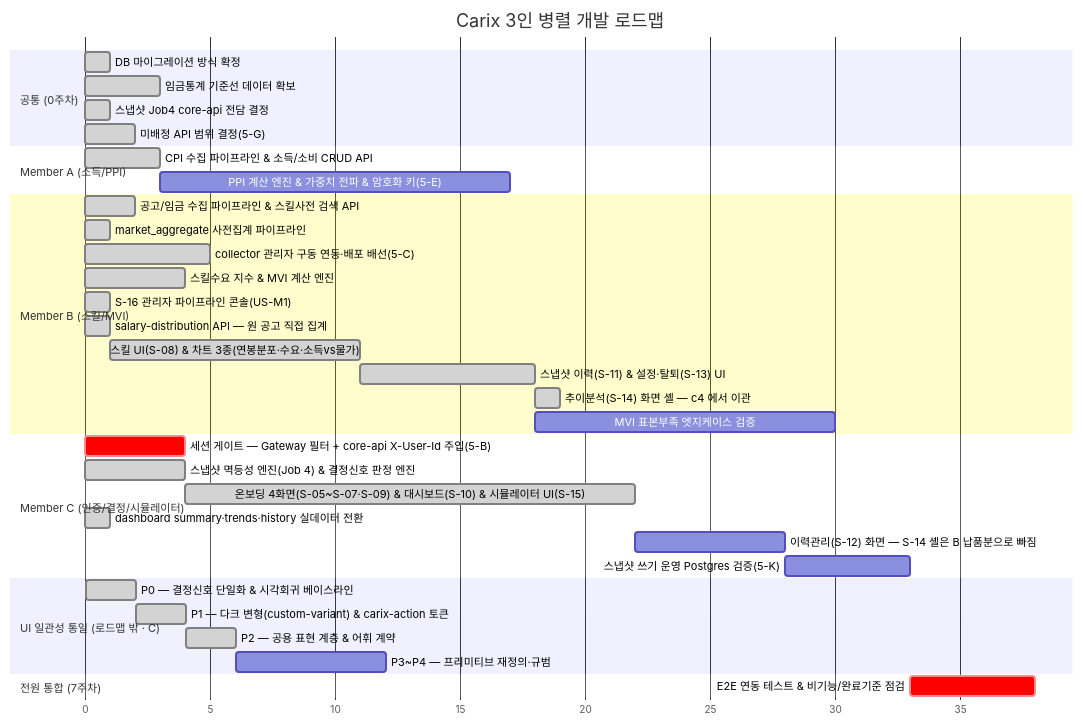
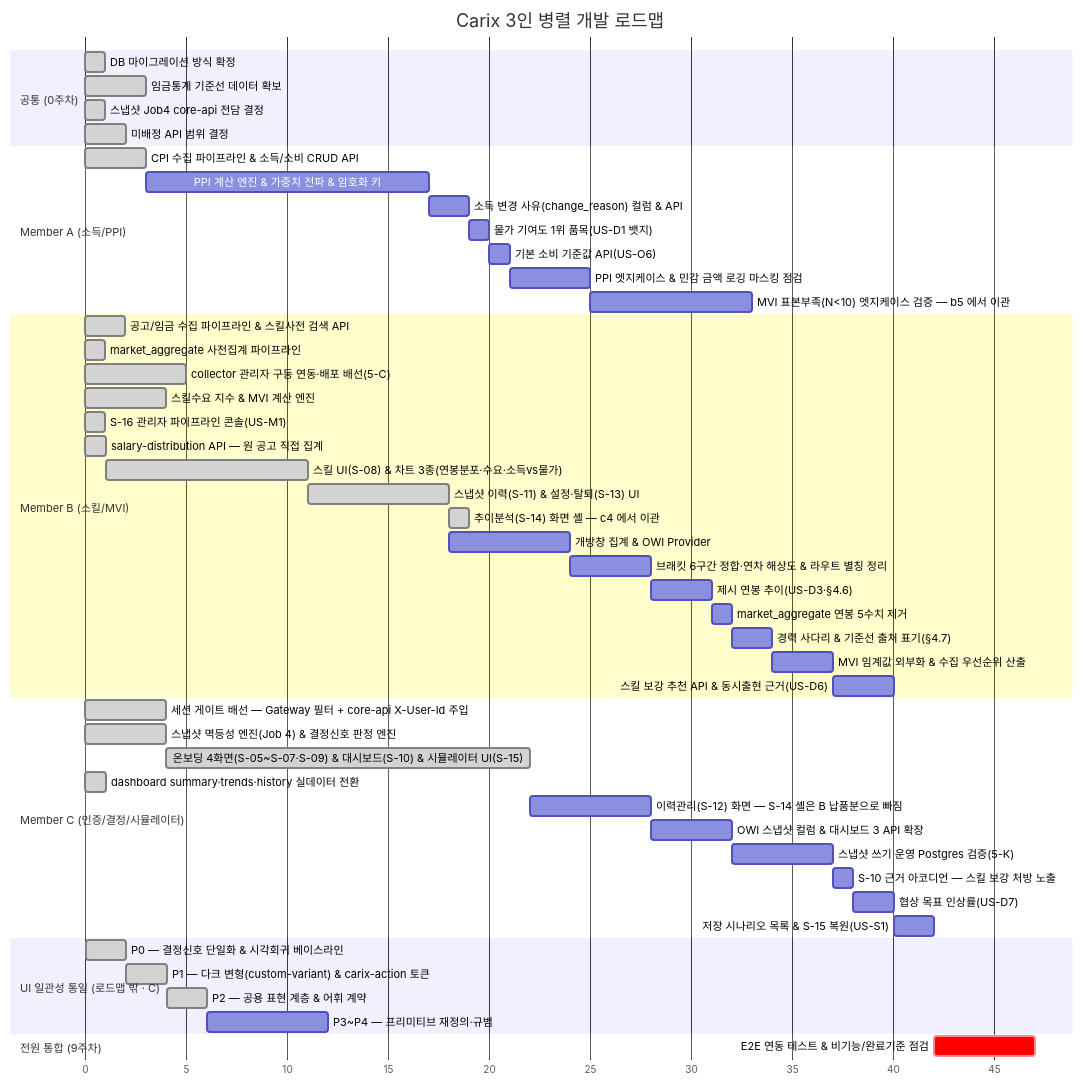
Before and after one commit to SeoHyeokGyu/Carix: the first of 2 diagrams in docs/plans/carix-dev-plan.md, drawn with Mermaid. The commit also changed other lines of this file and 35 other files, not shown here.

````diff
--- a/docs/plans/carix-dev-plan.md
+++ b/docs/plans/carix-dev-plan.md
@@ -112,39 +72,54 @@
 ```mermaid
 gantt
     title Carix 3인 병렬 개발 로드맵
     dateFormat X
     axisFormat %s
     section 공통 (0주차)
     DB 마이그레이션 방식 확정 :done, c0a, 0, 1s
     임금통계 기준선 데이터 확보 :done, a0, 3, 3s
     스냅샷 Job4 core-api 전담 결정 :done, i0, 7, 1s
-    미배정 API 범위 결정(5-G) :done, c0, 7, 2s
+    미배정 API 범위 결정 :done, c0, 7, 2s
     section Member A (소득/PPI)
     CPI 수집 파이프라인 & 소득/소비 CRUD API :done, a1, 12, 3s
-    PPI 계산 엔진 & 가중치 전파 & 암호화 키(5-E) :a2, after a1, 14s
+    PPI 계산 엔진 & 가중치 전파 & 암호화 키 :a2, after a1, 14s
+    소득 변경 사유(change_reason) 컬럼 & API :a4, after a2, 2s
+    물가 기여도 1위 품목(US-D1 뱃지) :a5, after a4, 1s
+    기본 소비 기준값 API(US-O6) :a6, after a5, 1s
+    PPI 엣지케이스 & 민감 금액 로깅 마스킹 점검 :a7, after a6, 4s
+    MVI 표본부족(N<10) 엣지케이스 검증 — b5 에서 이관 :a8, after a7, 8s
     section Member B (스킬/MVI)
     공고/임금 수집 파이프라인 & 스킬사전 검색 API :done, b1, 2, 2s
     market_aggregate 사전집계 파이프라인 :done, b2a, 3, 1s
     collector 관리자 구동 연동·배포 배선(5-C) :done, b0, 7, 5s
     스킬수요 지수 & MVI 계산 엔진 :done, b2, 8, 4s
     S-16 관리자 파이프라인 콘솔(US-M1) :done, b16, 14, 1s
     salary-distribution API — 원 공고 직접 집계 :done, b3a, 15, 1s
     스킬 UI(S-08) & 차트 3종(연봉분포·수요·소득vs물가) :done, b3, after b3a, 10s
     스냅샷 이력(S-11) & 설정·탈퇴(S-13) UI :done, b4, after b3, 7s
     추이분석(S-14) 화면 셸 — c4 에서 이관 :done, b4a, after b4, 1s
-    MVI 표본부족 엣지케이스 검증 :b5, after b4, 12s
+    개방창 집계 & OWI Provider :b6, after b4, 6s
+    브래킷 6구간 정합·연차 해상도 & 라우트 별칭 정리 :b7, after b6, 4s
+    제시 연봉 추이(US-D3·§4.6) :b10, after b7, 3s
+    market_aggregate 연봉 5수치 제거 :b11, after b10, 1s
+    경력 사다리 & 기준선 출처 표기(§4.7) :b12, after b11, 2s
+    MVI 임계값 외부화 & 수집 우선순위 산출 :b8, after b12, 3s
+    스킬 보강 추천 API & 동시출현 근거(US-D6) :b9, after b8, 3s
     section Member C (인증/결정/시뮬레이터)
-    세션 게이트 — Gateway 필터 + core-api X-User-Id 주입(5-B) :crit, c0b, 7, 4s
+    세션 게이트 배선 — Gateway 필터 + core-api X-User-Id 주입 :done, c0b, 7, 4s
     스냅샷 멱등성 엔진(Job 4) & 결정신호 판정 엔진 :done, c2, 8, 4s
     온보딩 4화면(S-05~S-07·S-09) & 대시보드(S-10) & 시뮬레이터 UI(S-15) :done, c3, after c2, 18s
     dashboard summary·trends·history 실데이터 전환 :done, c4a, 15, 1s
     이력관리(S-12) 화면 — S-14 셸은 B 납품분으로 빠짐 :c4, after c3, 6s
-    스냅샷 쓰기 운영 Postgres 검증(5-K) :c5, after c4, 5s
+    OWI 스냅샷 컬럼 & 대시보드 3 API 확장 :c6, after c4, 4s
+    스냅샷 쓰기 운영 Postgres 검증(5-K) :c5, after c6, 5s
+    S-10 근거 아코디언 — 스킬 보강 처방 노출 :c7, after c5, 1s
+    협상 목표 인상률(US-D7) :c8, after c7, 2s
+    저장 시나리오 목록 & S-15 복원(US-S1) :c9, after c8, 2s
     section UI 일관성 통일 (로드맵 밖 · C)
     P0 — 결정신호 단일화 & 시각회귀 베이스라인 :done, ui0, 33, 2s
     P1 — 다크 변형(custom-variant) & carix-action 토큰 :done, ui1, after ui0, 2s
     P2 — 공용 표현 계층 & 어휘 계약 :done, ui2, after ui1, 2s
     P3~P4 — 프리미티브 재정의·규범 :ui3, after ui2, 6s
-    section 전원 통합 (7주차)
-    E2E 연동 테스트 & 비기능/완료기준 점검 :crit, e2e, after a2 b5 c5, 5s
+    section 전원 통합 (9주차)
+    E2E 연동 테스트 & 비기능/완료기준 점검 :crit, e2e, after a8 b9 c9, 5s
 ```
````
